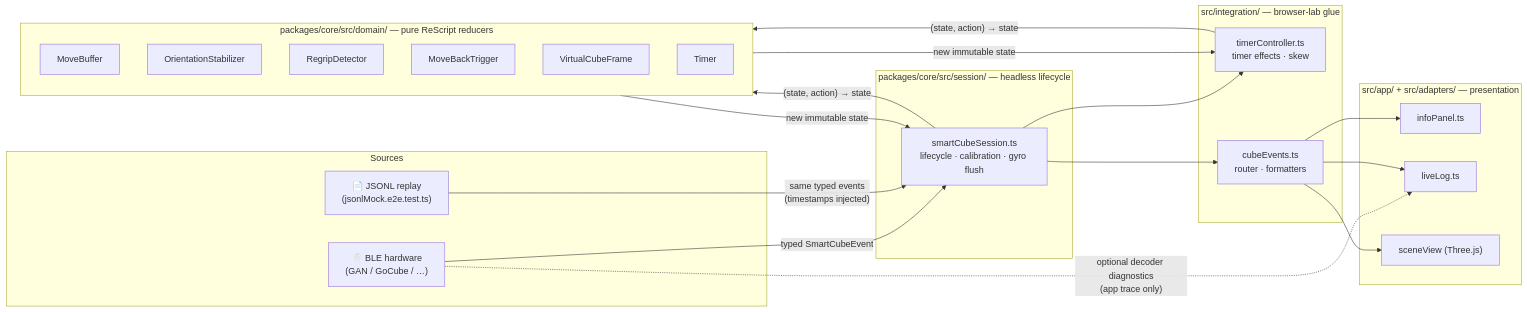
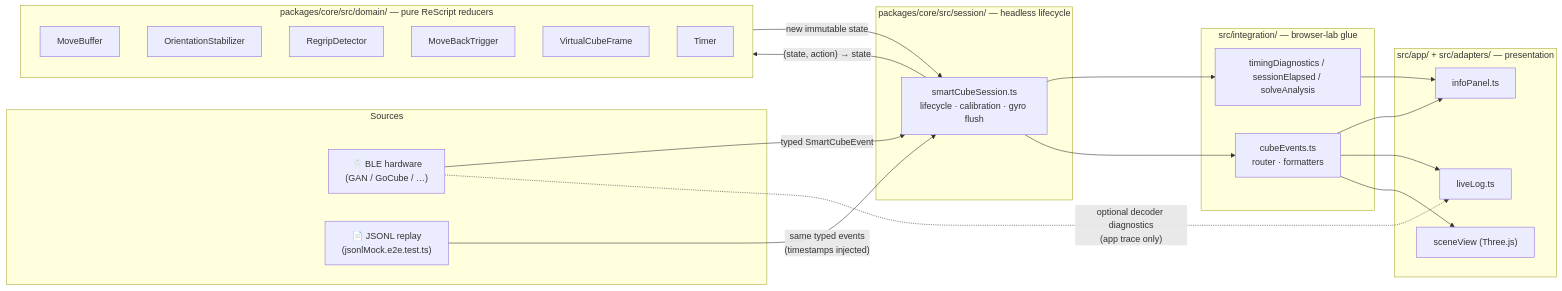
Before and after one commit to wstein/regrip: the diagram in README.md, drawn with Mermaid. The commit also changed other lines of this file and 21 other files, not shown here.

Commit message:
feat(console): add session timing and solve analysis

````diff
--- a/README.md
+++ b/README.md
@@ -14,41 +14,40 @@
 ```mermaid
 flowchart LR
   subgraph Sources
     BLE["🦷 BLE hardware\n(GAN / GoCube / …)"]
     JSONL["📄 JSONL replay\n(jsonlMock.e2e.test.ts)"]
   end
 
   subgraph Session ["packages/core/src/session/ — headless lifecycle"]
     SC["smartCubeSession.ts\nlifecycle · calibration · gyro flush"]
   end
 
   subgraph Integration ["src/integration/ — browser-lab glue"]
-    TC["timerController.ts\ntimer effects · skew"]
+    TA["timingDiagnostics / sessionElapsed / solveAnalysis"]
     CE["cubeEvents.ts\nrouter · formatters"]
   end
 
   subgraph Domain ["packages/core/src/domain/ — pure ReScript reducers"]
     MB["MoveBuffer"]
     OS["OrientationStabilizer"]
     RD["RegripDetector"]
     MBT["MoveBackTrigger"]
     VCF["VirtualCubeFrame"]
     TM["Timer"]
   end
 
   subgraph App ["src/app/ + src/adapters/ — presentation"]
     IP["infoPanel.ts"]
     LL["liveLog.ts"]
     SV["sceneView (Three.js)"]
   end
 
   BLE -->|"typed SmartCubeEvent"| SC
   BLE -. "optional decoder diagnostics\n(app trace only)" .-> LL
   JSONL -->|"same typed events\n(timestamps injected)"| SC
   SC -->|"(state, action) → state"| Domain
   Domain -->|"new immutable state"| SC
-  SC --> TC & CE
-  TC -->|"(state, action) → state"| Domain
-  Domain -->|"new immutable state"| TC
+  SC --> TA & CE
+  TA --> IP
   CE --> IP & LL & SV
 ```
````
